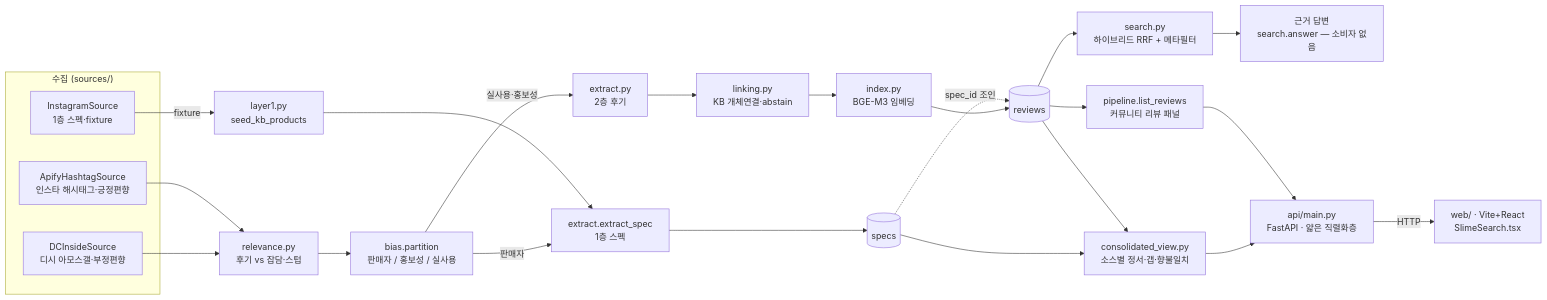
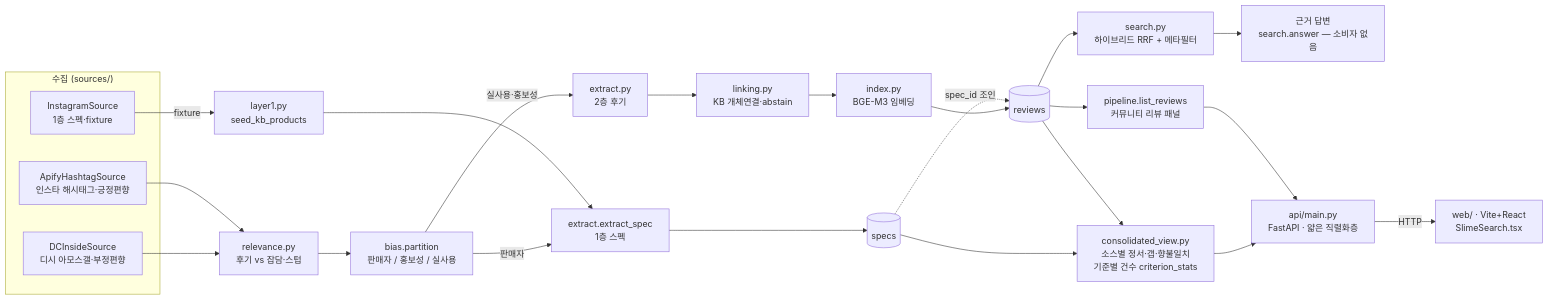
One commit to dxlpi/slime-review changed the first of 2 diagrams in ARCHITECTURE.md. Above: the diagram before and after it, drawn with Mermaid. The commit also changed other lines of this file and 13 other files, not shown here.

````diff
--- a/ARCHITECTURE.md
+++ b/ARCHITECTURE.md
@@ -16,28 +16,28 @@
 ```mermaid
 flowchart LR
   subgraph 수집["수집 (sources/)"]
     DC[DCInsideSource<br/>디시 아모스갤·부정편향]
     AP[ApifyHashtagSource<br/>인스타 해시태그·긍정편향]
     IG[InstagramSource<br/>1층 스펙·fixture]
   end
   DC --> REL
   AP --> REL
   REL[relevance.py<br/>후기 vs 잡담·스텁] --> BIAS
   BIAS[bias.partition<br/>판매자 / 홍보성 / 실사용] -->|판매자| SPEC
   BIAS -->|실사용·홍보성| EX2
   IG -->|fixture| L1
   L1[layer1.py<br/>seed_kb_products] --> SPEC
   SPEC[extract.extract_spec<br/>1층 스펙] --> DBs[(specs)]
   EX2[extract.py<br/>2층 후기] --> LINK
   LINK[linking.py<br/>KB 개체연결·abstain] --> IDX
   IDX[index.py<br/>BGE-M3 임베딩] --> DBr[(reviews)]
   DBs -. spec_id 조인 .-> DBr
   DBr --> SEARCH[search.py<br/>하이브리드 RRF + 메타필터]
-  DBs --> CONS[consolidated_view.py<br/>소스별 정서·갭·향불일치]
+  DBs --> CONS[consolidated_view.py<br/>소스별 정서·갭·향불일치<br/>기준별 건수 criterion_stats]
   DBr --> CONS
   SEARCH --> ANS[근거 답변<br/>search.answer — 소비자 없음]
   CONS --> API
   DBr --> LR[pipeline.list_reviews<br/>커뮤니티 리뷰 패널]
   LR --> API[api/main.py<br/>FastAPI · 얇은 직렬화층]
   API -->|HTTP| UI[web/ · Vite+React<br/>SlimeSearch.tsx]
 ```
````
